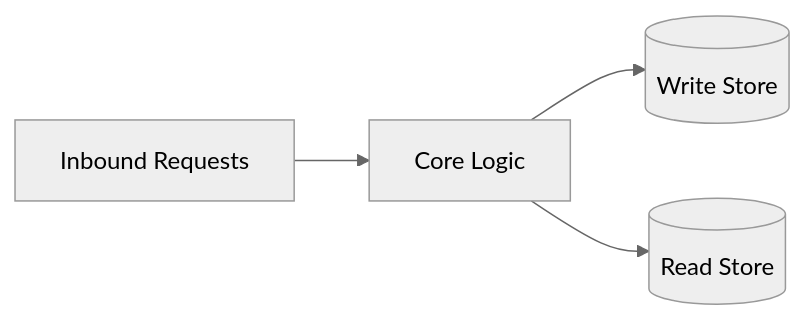
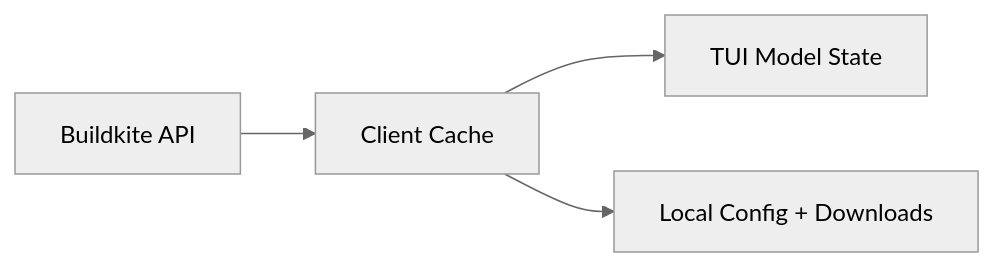
Before and after one commit to alexhraber/builddeck: the first of 2 diagrams in .decapod/generated/specs/ARCHITECTURE.md, drawn with Mermaid (neutral theme). The commit also changed other lines of this file and 7 other files, not shown here.

````diff
--- a/.decapod/generated/specs/ARCHITECTURE.md
+++ b/.decapod/generated/specs/ARCHITECTURE.md
@@ -40,6 +70,6 @@
 ```mermaid
 flowchart LR
-  I[Inbound Requests] --> C[Core Logic]
-  C --> W[(Write Store)]
-  C --> R[(Read Store)]
+  BK[Buildkite API] --> C[Client Cache]
+  C --> M[TUI Model State]
+  C --> FS[Local Config + Downloads]
 ```
````
